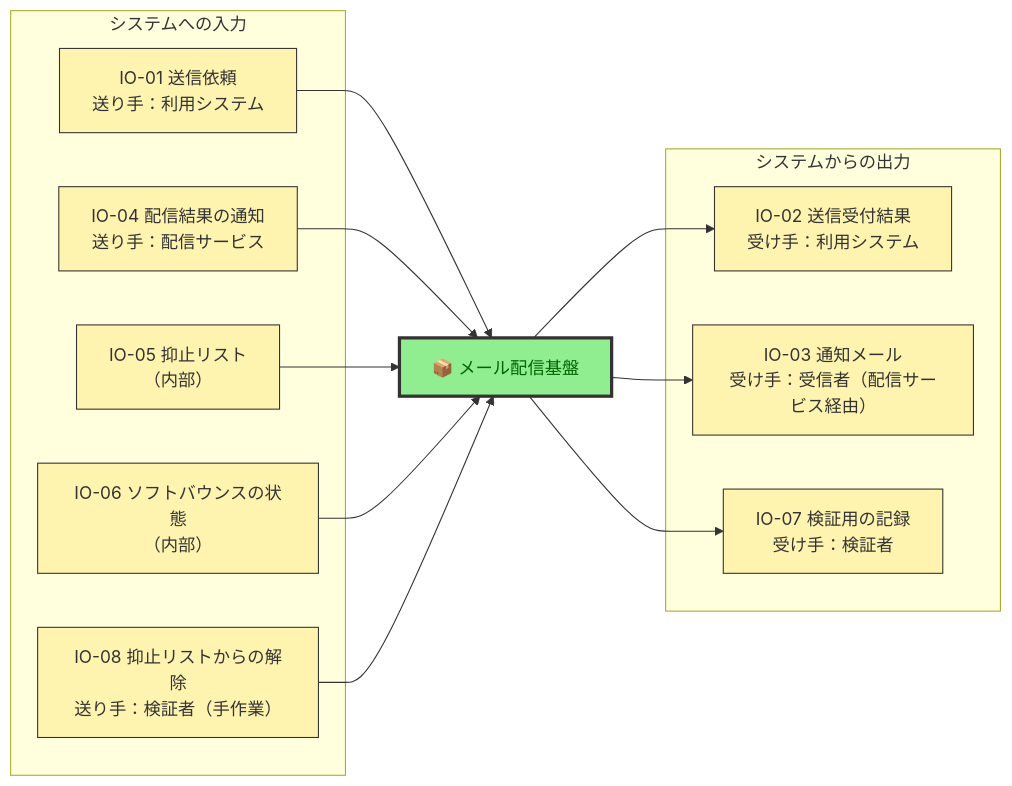
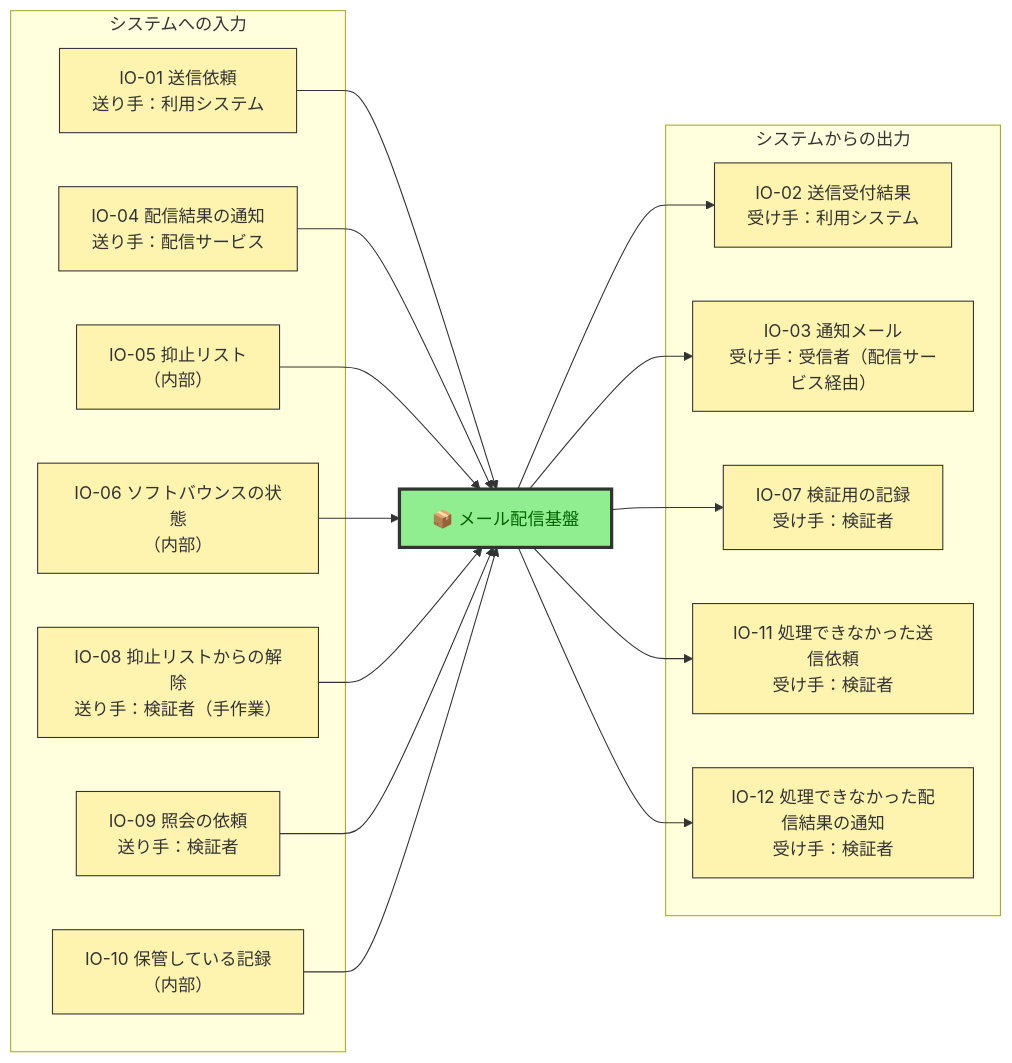
One commit to kasiopeiya/mail-poc changed the second of 6 diagrams in docs/requirements.md. Above: the diagram before and after it, drawn with Mermaid. The commit also changed other lines of this file and 1 other file, not shown here.

````diff
--- a/docs/requirements.md
+++ b/docs/requirements.md
@@ -405,29 +447,37 @@
 ```mermaid
 flowchart LR
     subgraph IN["システムへの入力"]
       i1["IO-01 送信依頼<br/>送り手：利用システム"]
       i4["IO-04 配信結果の通知<br/>送り手：配信サービス"]
       i5["IO-05 抑止リスト<br/>（内部）"]
       i6["IO-06 ソフトバウンスの状態<br/>（内部）"]
       i8["IO-08 抑止リストからの解除<br/>送り手：検証者（手作業）"]
+      i9["IO-09 照会の依頼<br/>送り手：検証者"]
+      i10["IO-10 保管している記録<br/>（内部）"]
     end
     sys["📦 メール配信基盤"]
     subgraph OUT["システムからの出力"]
       o2["IO-02 送信受付結果<br/>受け手：利用システム"]
       o3["IO-03 通知メール<br/>受け手：受信者（配信サービス経由）"]
       o7["IO-07 検証用の記録<br/>受け手：検証者"]
+      o11["IO-11 処理できなかった送信依頼<br/>受け手：検証者"]
+      o12["IO-12 処理できなかった配信結果の通知<br/>受け手：検証者"]
     end
     i1 --> sys
     i4 --> sys
     i5 --> sys
     i6 --> sys
     i8 --> sys
+    i9 --> sys
+    i10 --> sys
     sys --> o2
     sys --> o3
     sys --> o7
+    sys --> o11
+    sys --> o12
 
     classDef internal fill:#90EE90,stroke:#333,stroke-width:3px,color:darkgreen
     classDef io fill:#FFF3B0,stroke:#333,stroke-width:1px,color:#333
     class sys internal
-    class i1,i4,i5,i6,i8,o2,o3,o7 io
+    class i1,i4,i5,i6,i8,i9,i10,o2,o3,o7,o11,o12 io
 ```
````
